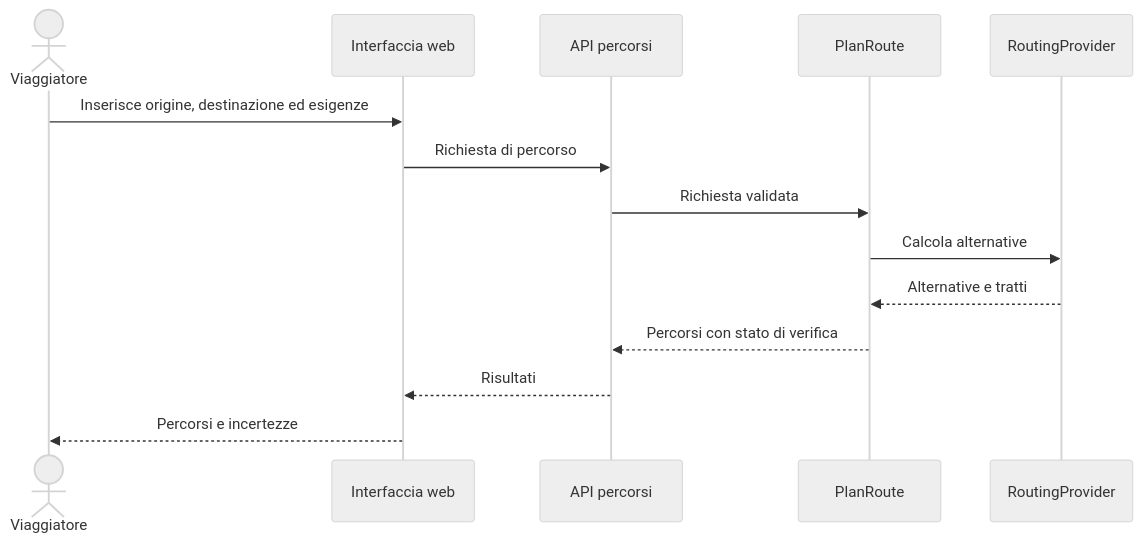
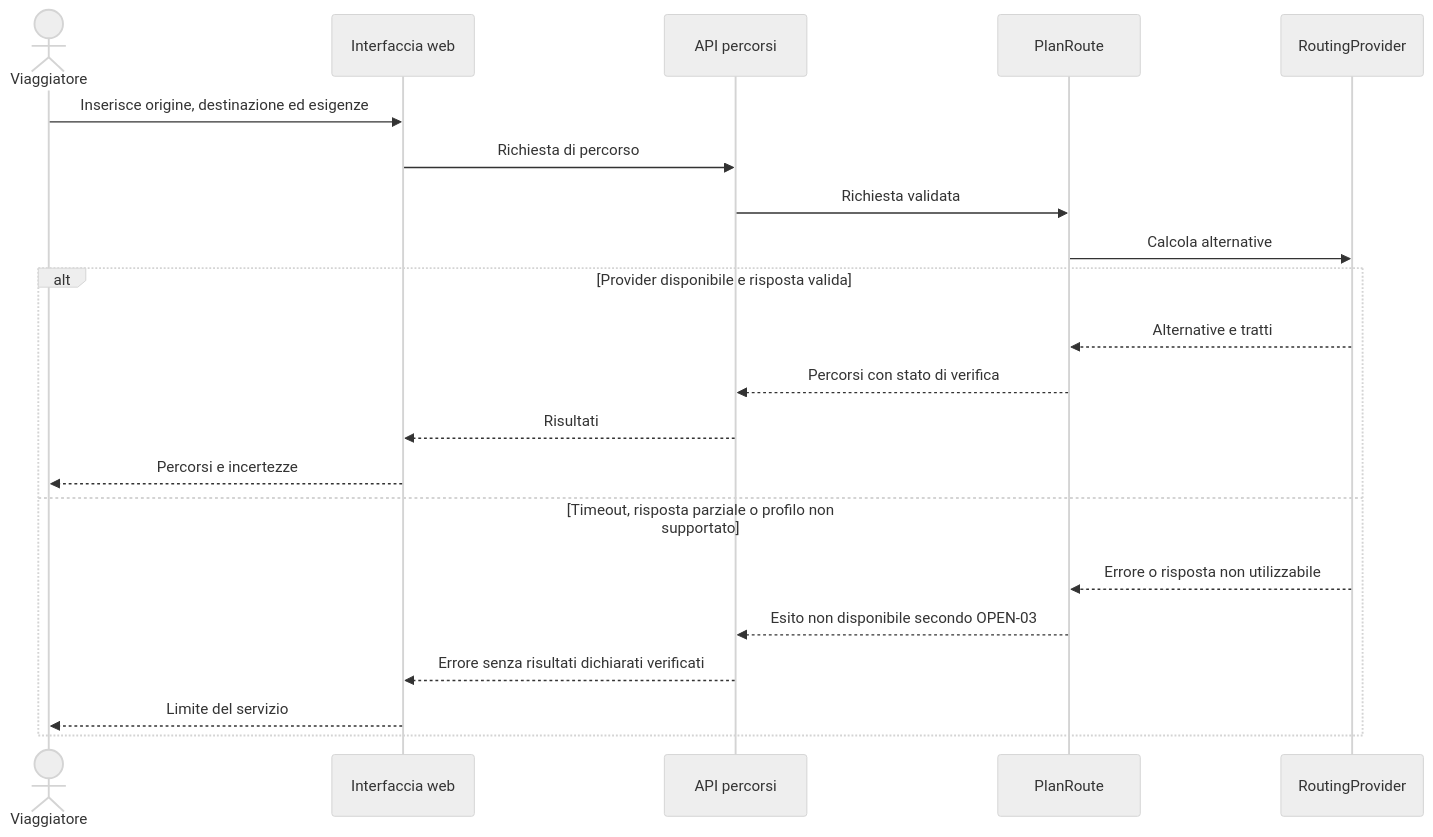
Before and after one commit to andreaplini/aegis: the third of 9 diagrams in docs/RAD.md, drawn with Mermaid (neutral theme). The commit also changed other lines of this file and 4 other files, not shown here.

````diff
--- a/docs/RAD.md
+++ b/docs/RAD.md
@@ -438,17 +444,24 @@
 ```mermaid
 sequenceDiagram
   accDescr: Il viaggiatore invia la richiesta e riceve percorsi con l'incertezza evidenziata.
   actor V as Viaggiatore
   participant UI as Interfaccia web
   participant API as API percorsi
   participant UC as PlanRoute
   participant RP as RoutingProvider
   V->>UI: Inserisce origine, destinazione ed esigenze
   UI->>API: Richiesta di percorso
   API->>UC: Richiesta validata
   UC->>RP: Calcola alternative
-  RP-->>UC: Alternative e tratti
-  UC-->>API: Percorsi con stato di verifica
-  API-->>UI: Risultati
-  UI-->>V: Percorsi e incertezze
+  alt Provider disponibile e risposta valida
+    RP-->>UC: Alternative e tratti
+    UC-->>API: Percorsi con stato di verifica
+    API-->>UI: Risultati
+    UI-->>V: Percorsi e incertezze
+  else Timeout, risposta parziale o profilo non supportato
+    RP-->>UC: Errore o risposta non utilizzabile
+    UC-->>API: Esito non disponibile secondo OPEN-03
+    API-->>UI: Errore senza risultati dichiarati verificati
+    UI-->>V: Limite del servizio
+  end
 ```
````
